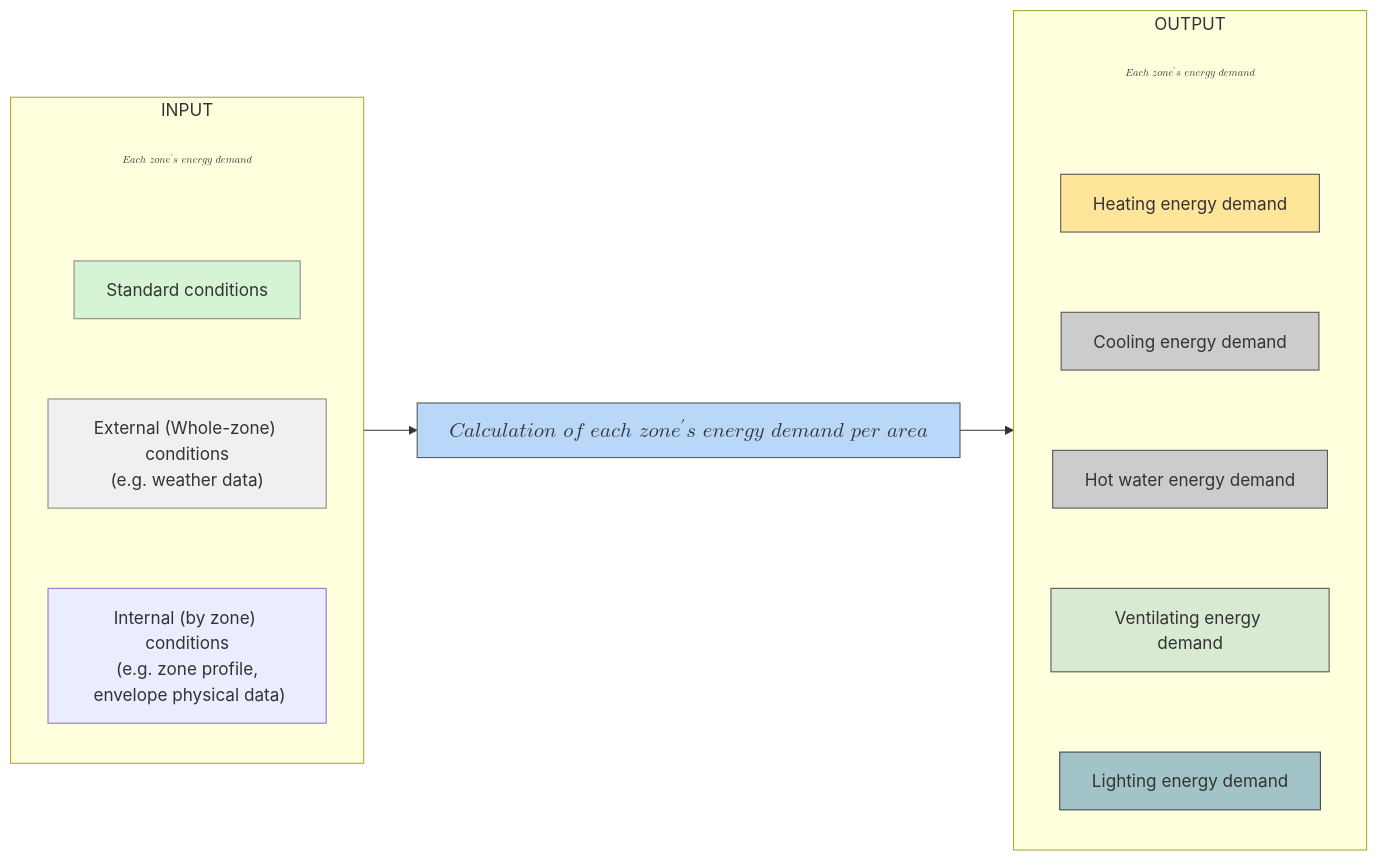
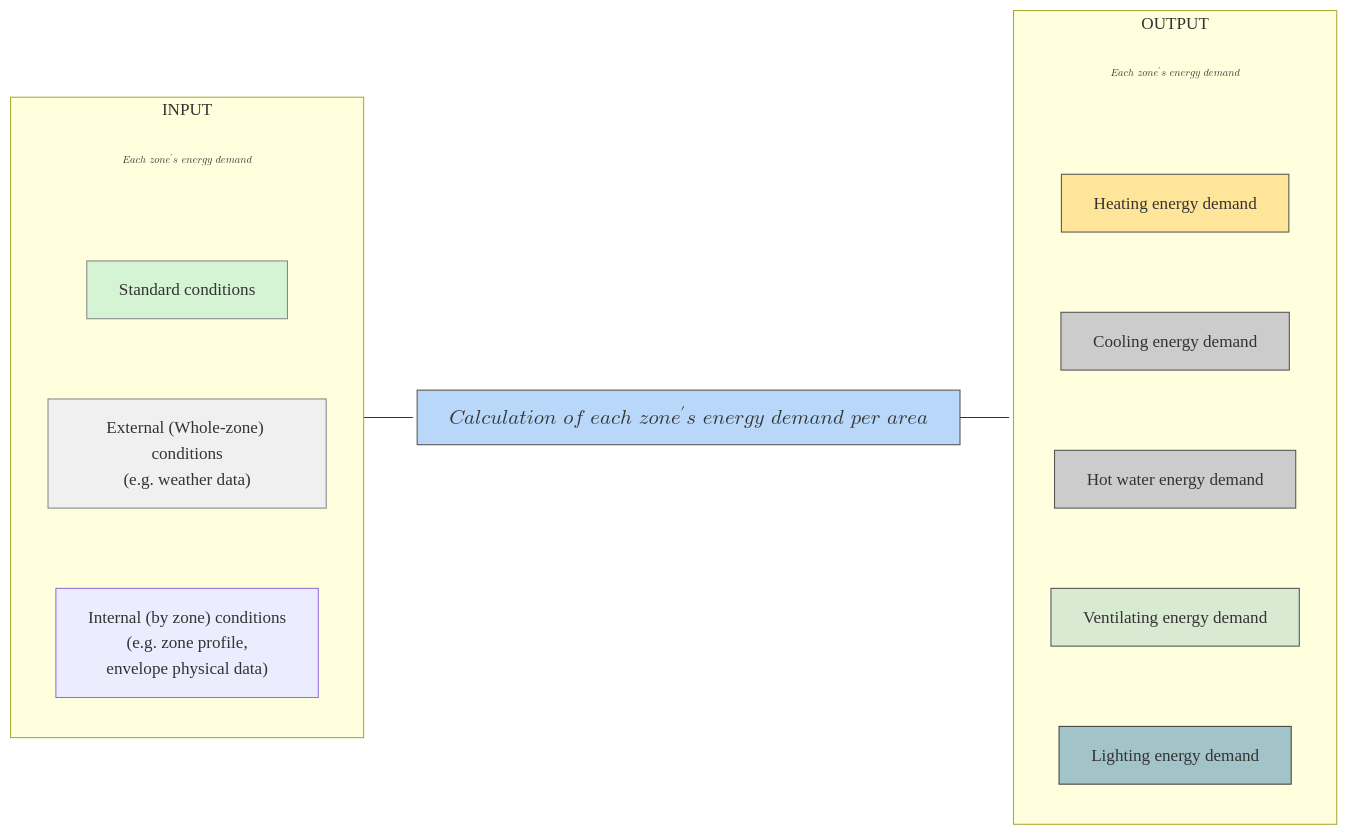
The second of 2 diagrams in docs/1. ECO2 Logic Guide/index.md (VeryColdplay/eco2_guide_center_yealone), drawn with Mermaid before and after one commit. The commit also changed other lines of this file and 15 other files, not shown here.

````diff
--- a/docs/1. ECO2 Logic Guide/index.md
+++ b/docs/1. ECO2 Logic Guide/index.md
@@ -277,57 +79,66 @@
 ```mermaid
 flowchart LR
+    classDef processing font-family:'Pretendard', text-decoration: none;
+
     subgraph Input["INPUT"]
-        NoteA["<div>$$Each\ zone's\ energy\ demand$$</div>"] --- A["Standard conditions"] 
+        NoteA["$$Each\ zone's\ energy\ demand$$"] --- A["Standard conditions"]
         A --- B["External (Whole-zone) conditions\n(e.g. weather data)"] --- I["Internal (by zone) conditions\n(e.g. zone profile,\n envelope physical data)"]
     end
 
-    Input --> C["<div>$$Calculation\ of\ each\ zone's\ energy\ demand\ per\ area$$</div>"]
+    Input --> C["$$Calculation\ of\ each\ zone's\ energy\ demand\ per\ area$$"]
 
     subgraph Output["OUTPUT"]
         direction TB
-        NoteB["<div>$$Each\ zone's\ energy\ demand$$</div>"] --- D["Heating energy demand"]
+        NoteB["$$Each\ zone's\ energy\ demand$$"] --- D["Heating energy demand"]
         D --- E["Cooling energy demand"]
         E --- F["Hot water energy demand"]
         F --- G["Ventilating energy demand"]
         G --- H["Lighting energy demand"]
     end
 
     C --> Output
 
     %% 링크 설정
     click A "/eco2_guide_center_yealone/1.%20ECO2%20Logic%20Guide/Standard_conditions.html" "_blank"
     click B "/eco2_guide_center_yealone/1.%20ECO2%20Logic%20Guide/External_conditions.html" "_blank"
     click C "프로그램_평가_프로세스.html" "_blank"
     click D "hvac.html" "_blank"
     click E "/eco2_guide_center_yealone/1.%20ECO2%20Logic%20Guide/냉방%20에너지%20분석/Cooling_energy_demand.html" "_blank"
     click F "/eco2_guide_center_yealone/1.%20ECO2%20Logic%20Guide/냉방%20에너지%20분석/Simple_Method.html" "_blank"
     click G "secondary.html" "_blank"
     click H "primary.html" "_blank"
     click I "/eco2_guide_center_yealone/1.%20ECO2%20Logic%20Guide/Internal_conditions.html" "_blank"
 
     %% 스타일 설정
     style A fill:#d5f4d4,stroke:#888,stroke-width:1px
     style B fill:#f0f0f0,stroke:#888,stroke-width:1px
     style C fill:#b8d7f9,stroke:#555,stroke-width:1px
     style D fill:#ffe599,stroke:#555,stroke-width:1px
     style E fill:#ccc,stroke:#555
     style F fill:#ccc,stroke:#555
     style G fill:#d9ead3,stroke:#555
     style H fill:#a2c4c9,stroke:#444
 
     %% 핵심: Note 노드 스타일을 Mermaid 방식으로 지정
     style NoteA fill:transparent,stroke:transparent,stroke-width:0px,color:#444,font-size:8px,font-style:italic
     style NoteB fill:transparent,stroke:transparent,stroke-width:0px,color:#444,font-size:8px,font-style:italic
 
     %% 링크선 스타일
-    linkStyle 0 stroke:transparent,stroke-width:0.1px
-    linkStyle 1 stroke:transparent,stroke-width:0.1px
-    linkStyle 2 stroke:transparent,stroke-width:0.1px
     linkStyle 3 stroke:#333,stroke-width:1px
-    linkStyle 4 stroke:transparent,stroke-width:0.1px
-    linkStyle 5 stroke:transparent,stroke-width:0.1px
-    linkStyle 6 stroke:transparent,stroke-width:0.1px
-    linkStyle 7 stroke:transparent,stroke-width:0.1px 
-    linkStyle 8 stroke:transparent,stroke-width:0.1px 
     linkStyle 9 stroke:#333,stroke-width:1px
+
+    linkStyle default stroke:transparent,stroke-width:0.1px
+
+    class A processing
+    class B processing
+    class C processing
+    class D processing
+    class E processing
+    class F processing
+    class G processing
+    class H processing
+    class I processing
+    class Input processing
+    class Output processing
+
 ```
````
